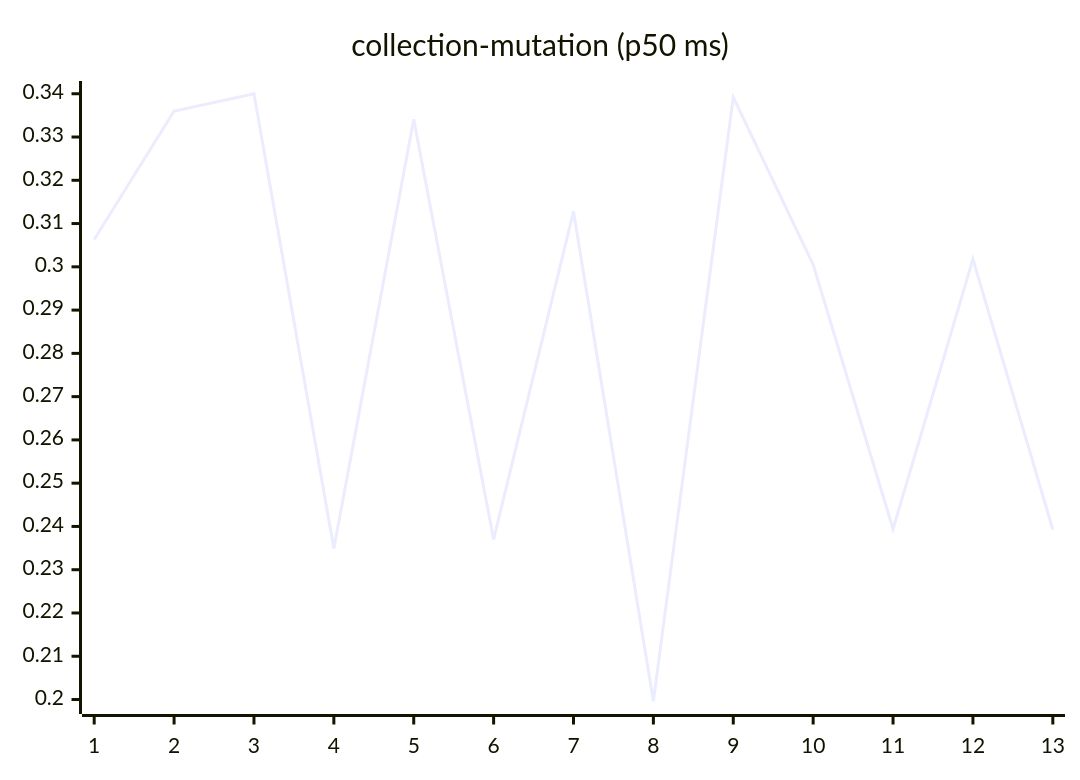
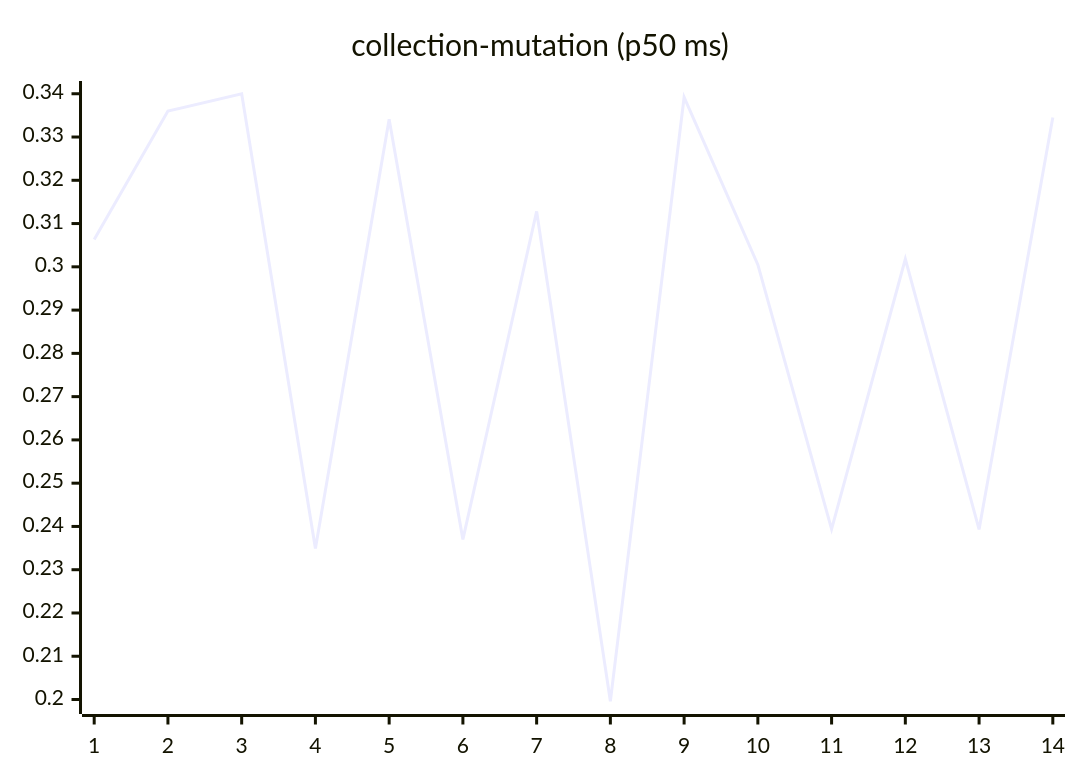
The sixth of 27 diagrams in README.md (josha/Facet), drawn with Mermaid before and after one commit. The commit also changed other lines of this file and 2 other files, not shown here.

````diff
--- a/README.md
+++ b/README.md
@@ -98,6 +98,6 @@
 ```mermaid
 xychart-beta
     title "collection-mutation (p50 ms)"
-    x-axis 1 --> 13
-    line [0.3063, 0.3360, 0.3400, 0.2349, 0.3341, 0.2370, 0.3128, 0.1996, 0.3392, 0.3005, 0.2394, 0.3018, 0.2393]
+    x-axis 1 --> 14
+    line [0.3063, 0.3360, 0.3400, 0.2349, 0.3341, 0.2370, 0.3128, 0.1996, 0.3392, 0.3005, 0.2394, 0.3018, 0.2393, 0.3345]
 ```
````
